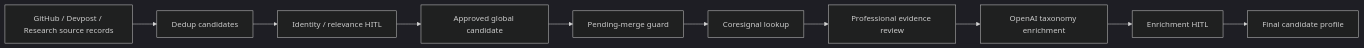
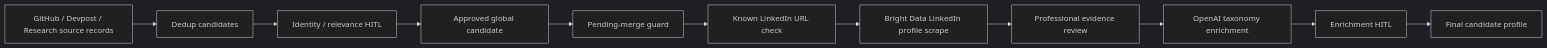
Before and after one commit to WeKruit/wekruit-scraping: the second of 4 diagrams in docs/candidate-sourcing-pipeline/IMPLEMENTATION_PLAN.md, drawn with Mermaid (dark theme). The commit also changed other lines of this file, not shown here.

Commit message:
docs: pivot vendor plan to Bright Data

````diff
--- a/docs/candidate-sourcing-pipeline/IMPLEMENTATION_PLAN.md
+++ b/docs/candidate-sourcing-pipeline/IMPLEMENTATION_PLAN.md
@@ -1762,23 +1783,25 @@
 ```mermaid
 flowchart LR
   Source["GitHub / Devpost / Research source records"]
   Dedup["Dedup candidates"]
   IdentityHITL["Identity / relevance HITL"]
   Approved["Approved global candidate"]
   MergeGuard["Pending-merge guard"]
-  Coresignal["Coresignal lookup"]
+  UrlCheck["Known LinkedIn URL check"]
+  BrightData["Bright Data LinkedIn profile scrape"]
   VendorReview["Professional evidence review"]
   Enrichment["OpenAI taxonomy enrichment"]
   EnrichmentHITL["Enrichment HITL"]
   Profile["Final candidate profile"]
 
   Source --> Dedup
   Dedup --> IdentityHITL
   IdentityHITL --> Approved
   Approved --> MergeGuard
-  MergeGuard --> Coresignal
-  Coresignal --> VendorReview
+  MergeGuard --> UrlCheck
+  UrlCheck --> BrightData
+  BrightData --> VendorReview
   VendorReview --> Enrichment
   Enrichment --> EnrichmentHITL
   EnrichmentHITL --> Profile
 ```
````
